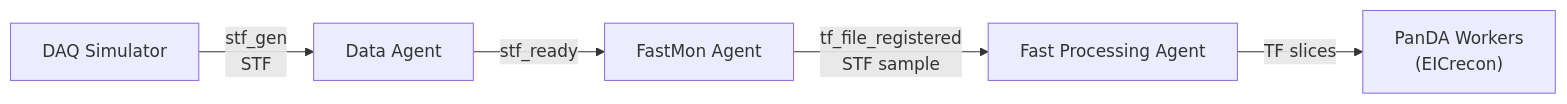
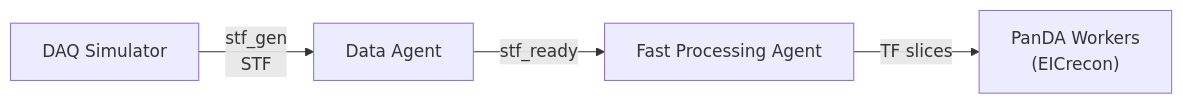
Before and after one commit to BNLNPPS/swf-testbed: the first of 5 diagrams in docs/fast-processing-workflow.md, drawn with Mermaid. The commit also changed other lines of this file, not shown here.

First line of the commit message:
Fast processing doc: the simplified chain is the design of record

````diff
--- a/docs/fast-processing-workflow.md
+++ b/docs/fast-processing-workflow.md
@@ -23,13 +22,11 @@
 ```mermaid
 flowchart LR
     DS["DAQ Simulator"]
     DA["Data Agent"]
-    FM["FastMon Agent"]
     FP["Fast Processing Agent"]
     W["PanDA Workers<br/>(EICrecon)"]
 
     DS -->|"stf_gen<br/>STF"| DA
-    DA -->|"stf_ready"| FM
-    FM -->|"tf_file_registered<br/>STF sample"| FP
+    DA -->|"stf_ready"| FP
     FP -->|"TF slices"| W
 ```
````
